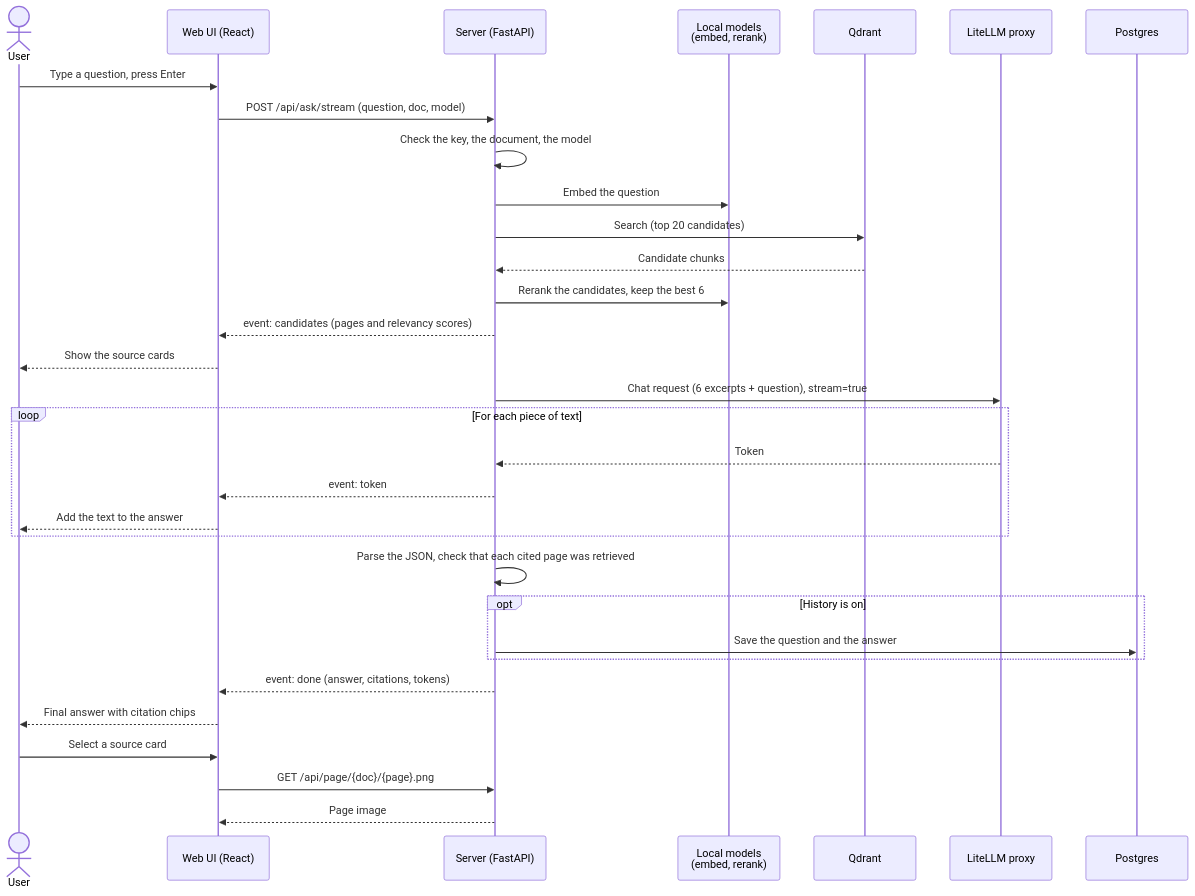
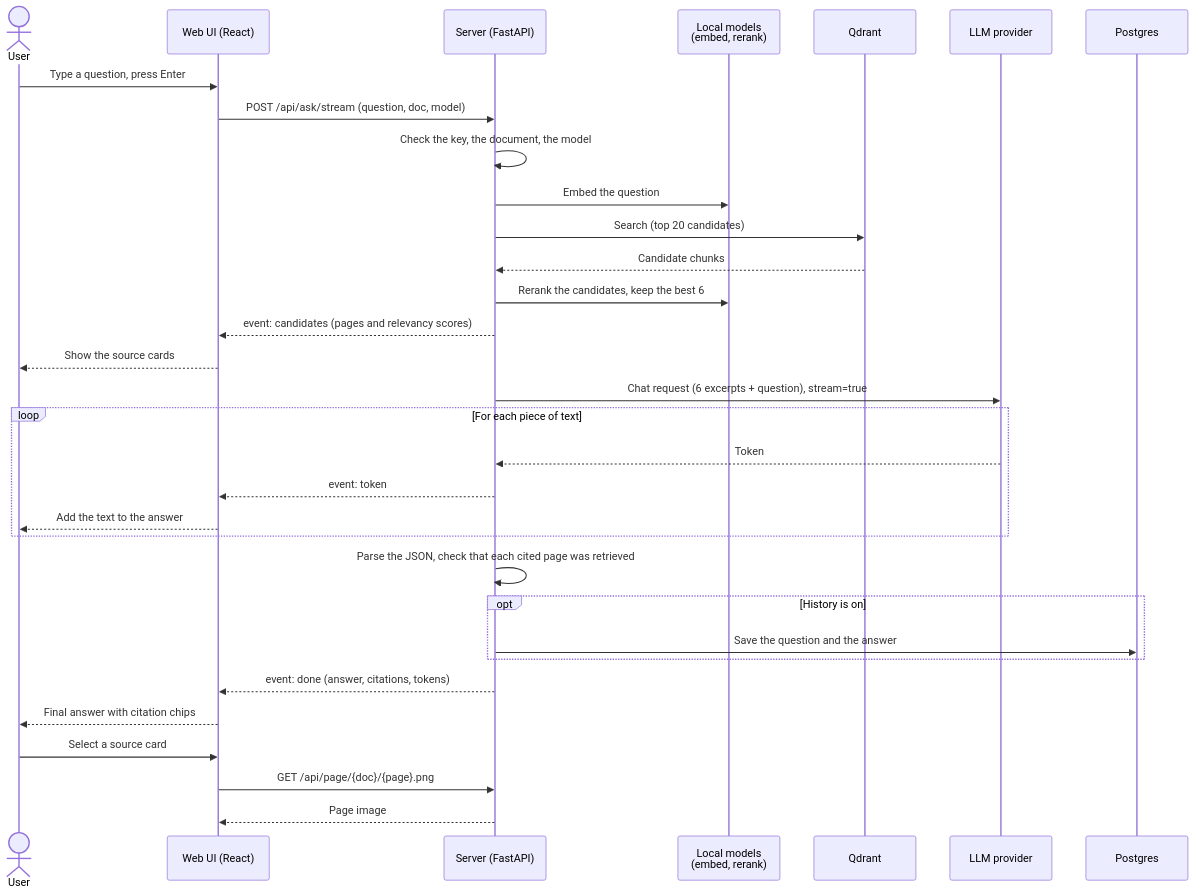
One commit to jerichosiahaya/doc-intelligence changed the second of 3 diagrams in README.md. Above: the diagram before and after it, drawn with Mermaid. The commit also changed other lines of this file and 10 other files, not shown here.

````diff
--- a/README.md
+++ b/README.md
@@ -221,35 +221,35 @@
 ```mermaid
 sequenceDiagram
     actor User
     participant UI as Web UI (React)
     participant API as Server (FastAPI)
     participant Emb as Local models<br/>(embed, rerank)
     participant Q as Qdrant
-    participant LLM as LiteLLM proxy
+    participant LLM as LLM provider
     participant PG as Postgres
 
     User->>UI: Type a question, press Enter
     UI->>API: POST /api/ask/stream (question, doc, model)
     API->>API: Check the key, the document, the model
     API->>Emb: Embed the question
     API->>Q: Search (top 20 candidates)
     Q-->>API: Candidate chunks
     API->>Emb: Rerank the candidates, keep the best 6
     API-->>UI: event: candidates (pages and relevancy scores)
     UI-->>User: Show the source cards
     API->>LLM: Chat request (6 excerpts + question), stream=true
     loop For each piece of text
         LLM-->>API: Token
         API-->>UI: event: token
         UI-->>User: Add the text to the answer
     end
     API->>API: Parse the JSON, check that each cited page was retrieved
     opt History is on
         API->>PG: Save the question and the answer
     end
     API-->>UI: event: done (answer, citations, tokens)
     UI-->>User: Final answer with citation chips
     User->>UI: Select a source card
     UI->>API: GET /api/page/{doc}/{page}.png
     API-->>UI: Page image
 ```
````
